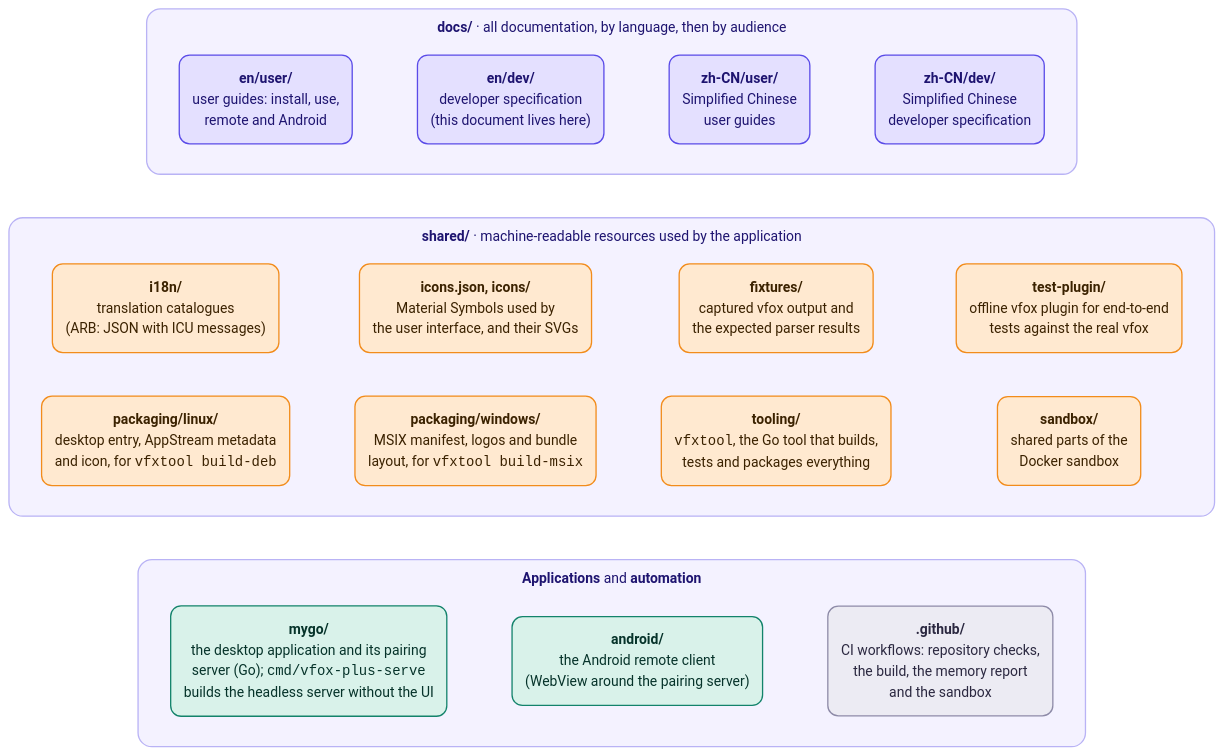
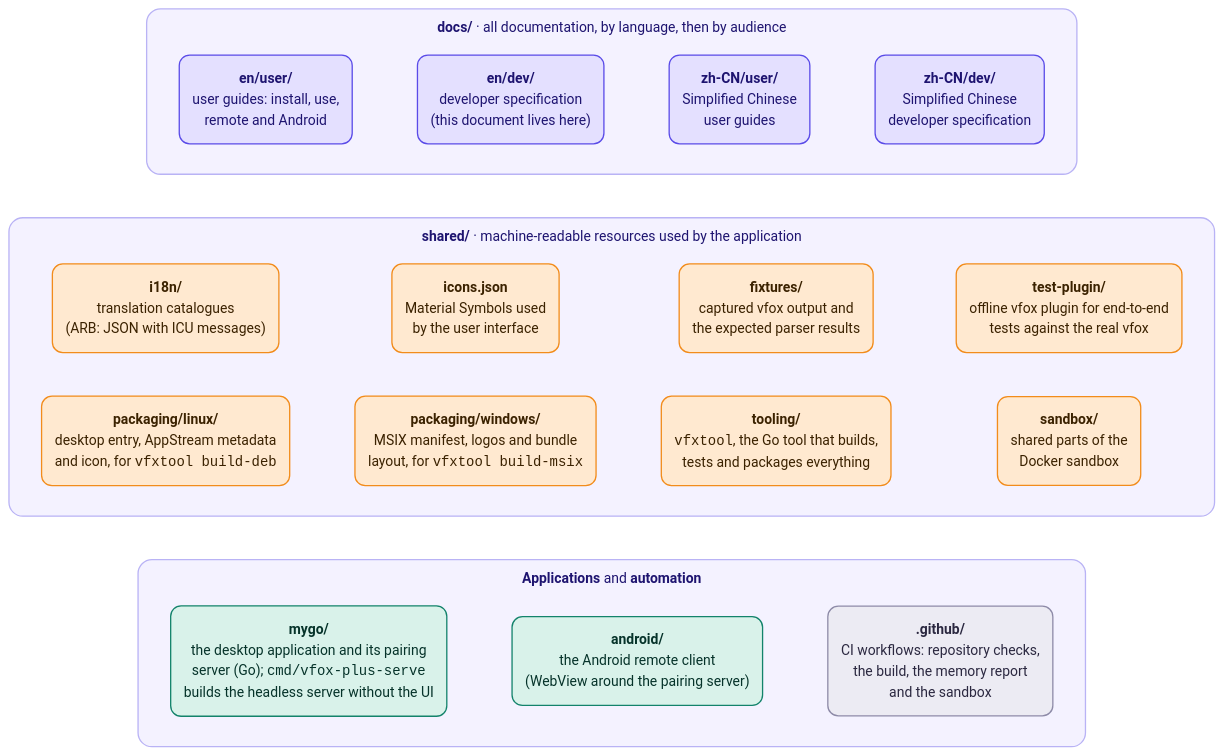
Before and after one commit to version-fox/vfox-plus: the first of 3 diagrams in docs/en/dev/architecture.md, drawn with Mermaid. The commit also changed other lines of this file and 136 other files, not shown here.

````diff
--- a/docs/en/dev/architecture.md
+++ b/docs/en/dev/architecture.md
@@ -14,51 +14,51 @@
 ```mermaid
 ---
 config:
   theme: base
   themeVariables:
     fontFamily: "system-ui, -apple-system, 'Segoe UI', 'Noto Sans', 'Noto Sans CJK SC', 'PingFang SC', 'Microsoft YaHei', sans-serif"
     lineColor: "#7C79A8"
     primaryColor: "#FFE9D0"
     primaryBorderColor: "#F28C1B"
     primaryTextColor: "#3B2200"
     clusterBkg: "#F4F2FF"
     clusterBorder: "#B9B3F5"
     titleColor: "#1E1470"
     edgeLabelBackground: "#FFFFFF"
   flowchart:
     curve: basis
     wrappingWidth: 320
     subGraphTitleMargin:
       top: 10
       bottom: 8
 ---
 flowchart TB
     accTitle: Repository layout
     accDescr: docs holds the documentation, shared the resources used by the application, mygo and android the applications, and .github the CI workflows.
     subgraph docs["<b>docs/</b> · all documentation, by language, then by audience"]
         direction LR
         d1("<b>en/user/</b><br/>user guides: install, use,<br/>remote and Android") ~~~ d2("<b>en/dev/</b><br/>developer specification<br/>(this document lives here)") ~~~ d3("<b>zh-CN/user/</b><br/>Simplified Chinese<br/>user guides") ~~~ d4("<b>zh-CN/dev/</b><br/>Simplified Chinese<br/>developer specification")
     end
     subgraph shared["<b>shared/</b> · machine-readable resources used by the application"]
         direction LR
-        s1("<b>i18n/</b><br/>translation catalogues<br/>(ARB: JSON with ICU messages)") ~~~ s2("<b>icons.json, icons/</b><br/>Material Symbols used by<br/>the user interface, and their SVGs") ~~~ s3("<b>fixtures/</b><br/>captured vfox output and<br/>the expected parser results") ~~~ s4("<b>test-plugin/</b><br/>offline vfox plugin for end-to-end<br/>tests against the real vfox")
+        s1("<b>i18n/</b><br/>translation catalogues<br/>(ARB: JSON with ICU messages)") ~~~ s2("<b>icons.json</b><br/>Material Symbols used<br/>by the user interface") ~~~ s3("<b>fixtures/</b><br/>captured vfox output and<br/>the expected parser results") ~~~ s4("<b>test-plugin/</b><br/>offline vfox plugin for end-to-end<br/>tests against the real vfox")
         s5("<b>packaging/linux/</b><br/>desktop entry, AppStream metadata<br/>and icon, for <code>vfxtool build-deb</code>") ~~~ s6("<b>packaging/windows/</b><br/>MSIX manifest, logos and bundle<br/>layout, for <code>vfxtool build-msix</code>") ~~~ s7("<b>tooling/</b><br/><code>vfxtool</code>, the Go tool that builds,<br/>tests and packages everything") ~~~ s8("<b>sandbox/</b><br/>shared parts of the<br/>Docker sandbox")
     end
     subgraph code["<b>Applications</b> and <b>automation</b>"]
         direction LR
         m("<b>mygo/</b><br/>the desktop application and its pairing<br/>server (Go); <code>cmd/vfox-plus-serve</code><br/>builds the headless server without the UI") ~~~ a("<b>android/</b><br/>the Android remote client<br/>(WebView around the pairing server)") ~~~ g("<b>.github/</b><br/>CI workflows: repository checks,<br/>the build, the memory report<br/>and the sandbox")
     end
     docs ~~~ shared ~~~ code
 
     classDef docs fill:#E4E0FF,stroke:#5A4BE8,color:#1E1470,stroke-width:1.5px,rx:12,ry:12
     classDef shared fill:#FFE9D0,stroke:#F28C1B,color:#3B2200,stroke-width:1.5px,rx:12,ry:12
     classDef app fill:#D9F2EA,stroke:#13836B,color:#06332A,stroke-width:1.5px,rx:12,ry:12
     classDef ci fill:#ECEBF3,stroke:#8E8BA8,color:#2B2840,stroke-width:1.5px,rx:12,ry:12
     class d1,d2,d3,d4 docs
     class s1,s2,s3,s4,s5,s6,s7,s8 shared
     class m,a app
     class g ci
     style docs fill:#F4F2FF,stroke:#B9B3F5,stroke-width:1.5px,rx:16,ry:16
     style shared fill:#F4F2FF,stroke:#B9B3F5,stroke-width:1.5px,rx:16,ry:16
     style code fill:#F4F2FF,stroke:#B9B3F5,stroke-width:1.5px,rx:16,ry:16
 ```
````
